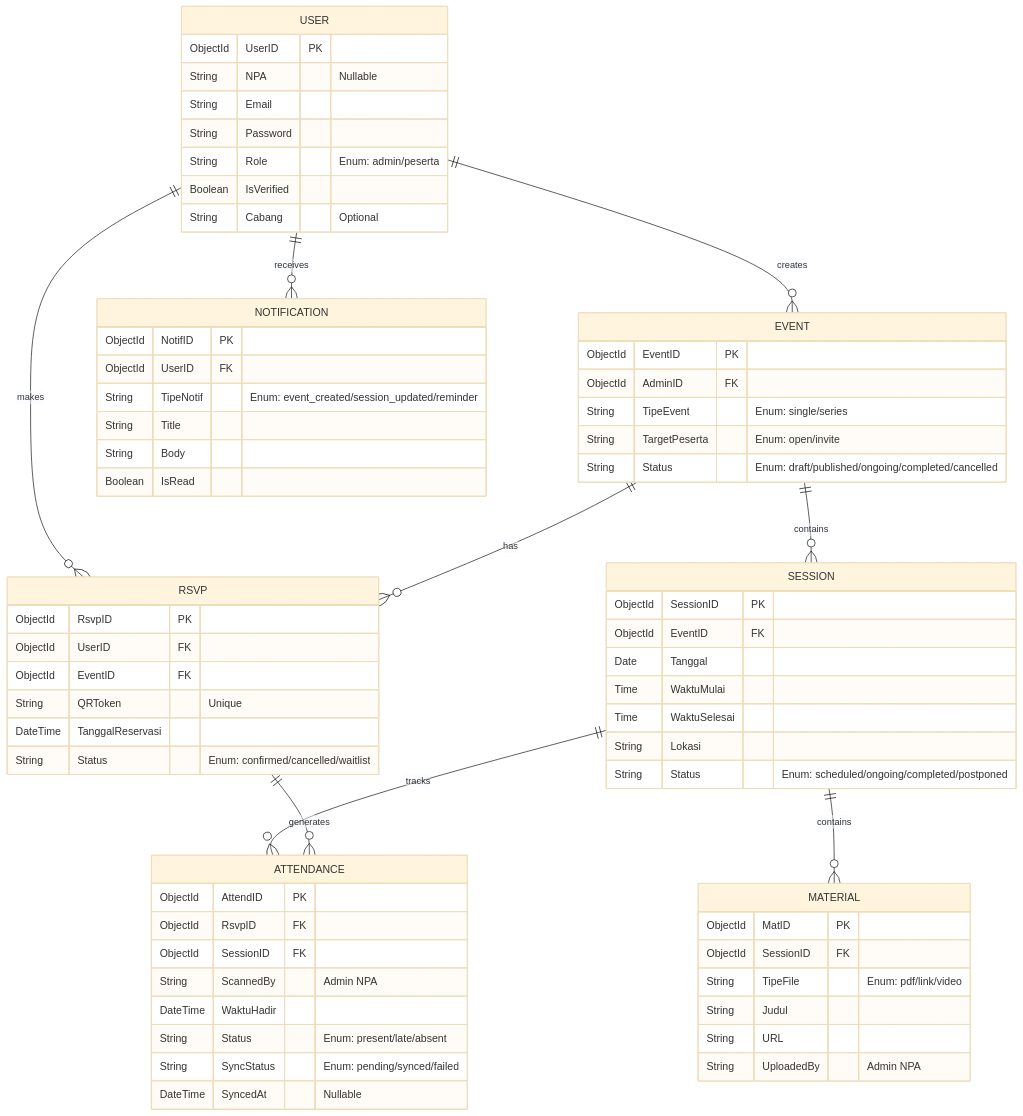
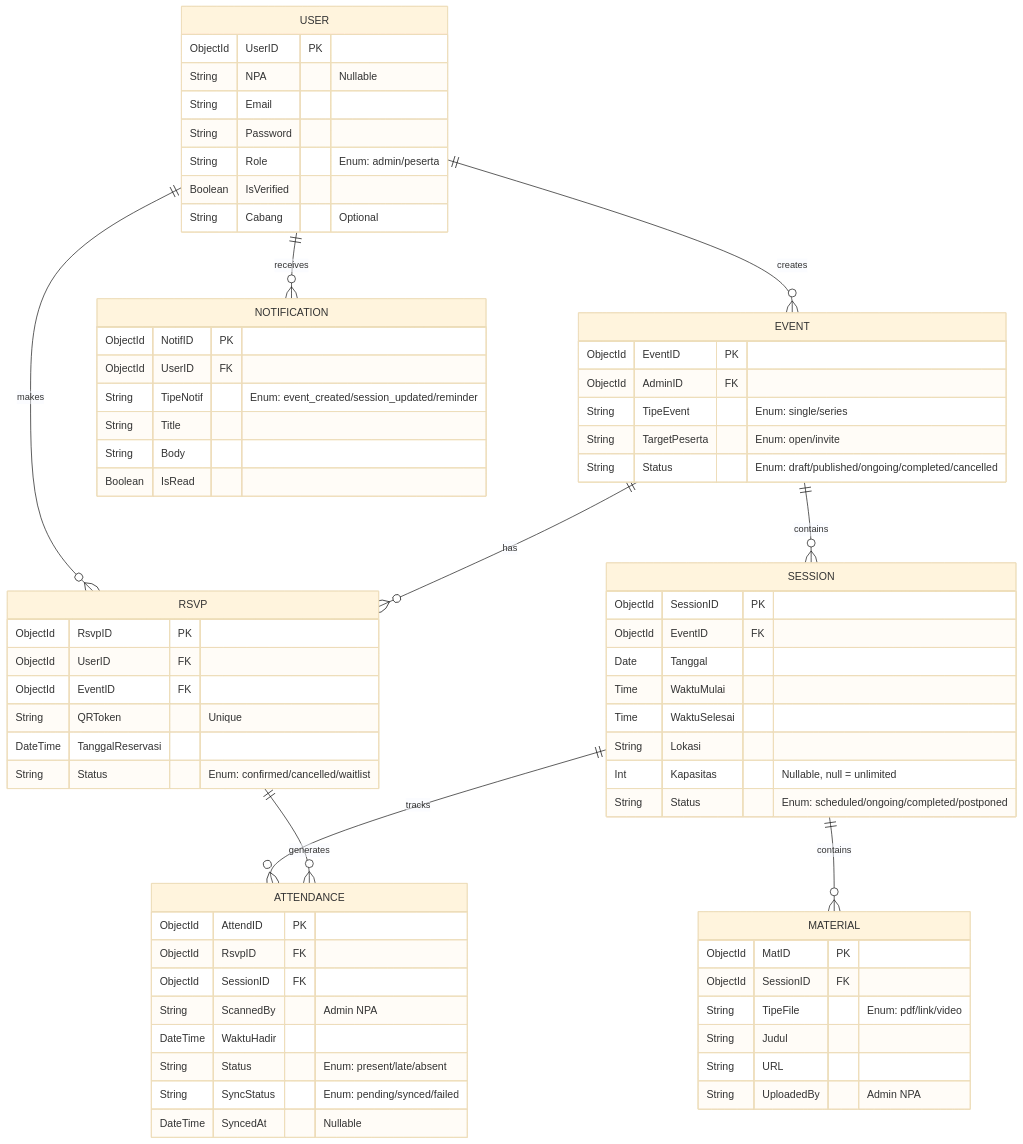
Before and after one commit to ikhsan3adi/kegiatin: the first of 4 diagrams in .docs/md/spesifikasi-topik.md, drawn with Mermaid (base theme). The commit also changed other lines of this file and 2 other files, not shown here.

````diff
--- a/.docs/md/spesifikasi-topik.md
+++ b/.docs/md/spesifikasi-topik.md
@@ -336,80 +336,81 @@
 ```mermaid
 erDiagram
     USER ||--o{ EVENT : creates
     USER ||--o{ RSVP : makes
     USER ||--o{ NOTIFICATION : receives
     
     EVENT ||--o{ SESSION : contains
     EVENT ||--o{ RSVP : has
     
     SESSION ||--o{ ATTENDANCE : tracks
     SESSION ||--o{ MATERIAL : contains
     
     RSVP ||--o{ ATTENDANCE : generates
     
     USER {
         ObjectId UserID PK
         String NPA "Nullable"
         String Email
         String Password
         String Role "Enum: admin/peserta"
         Boolean IsVerified
         String Cabang "Optional"
     }
     
     EVENT {
         ObjectId EventID PK
         ObjectId AdminID FK
         String TipeEvent "Enum: single/series"
         String TargetPeserta "Enum: open/invite"
         String Status "Enum: draft/published/ongoing/completed/cancelled"
     }
     
     SESSION {
         ObjectId SessionID PK
         ObjectId EventID FK
         Date Tanggal
         Time WaktuMulai
         Time WaktuSelesai
         String Lokasi
+        Int Kapasitas "Nullable, null = unlimited"
         String Status "Enum: scheduled/ongoing/completed/postponed"
     }
     
     RSVP {
         ObjectId RsvpID PK
         ObjectId UserID FK
         ObjectId EventID FK
         String QRToken "Unique"
         DateTime TanggalReservasi
         String Status "Enum: confirmed/cancelled/waitlist"
     }
     
     ATTENDANCE {
         ObjectId AttendID PK
         ObjectId RsvpID FK
         ObjectId SessionID FK
         String ScannedBy "Admin NPA"
         DateTime WaktuHadir
         String Status "Enum: present/late/absent"
         String SyncStatus "Enum: pending/synced/failed"
         DateTime SyncedAt "Nullable"
     }
     
     MATERIAL {
         ObjectId MatID PK
         ObjectId SessionID FK
         String TipeFile "Enum: pdf/link/video"
         String Judul
         String URL
         String UploadedBy "Admin NPA"
     }
     
     NOTIFICATION {
         ObjectId NotifID PK
         ObjectId UserID FK
         String TipeNotif "Enum: event_created/session_updated/reminder"
         String Title
         String Body
         Boolean IsRead
     }
 ```
````
